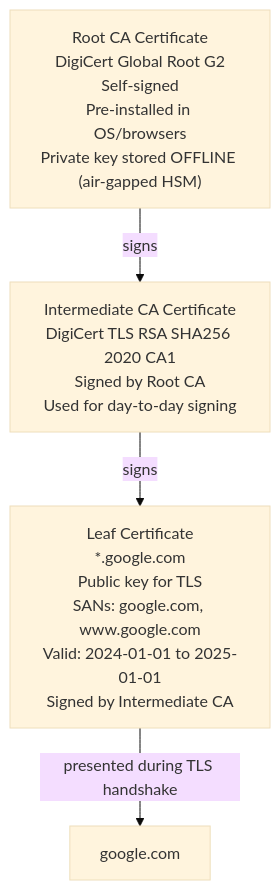
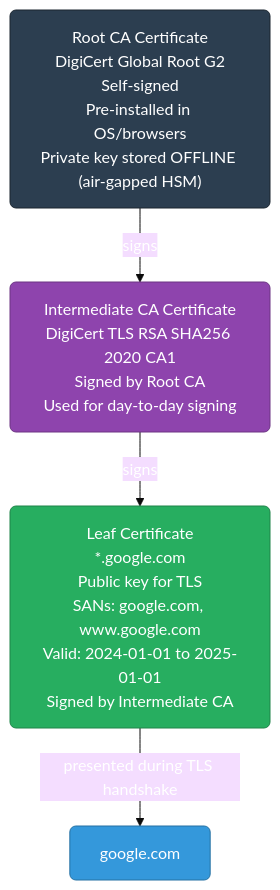
One commit to deepanshu-rawat6/DevOpsIndex changed the eighth of 13 diagrams in networking/tls-encryption.md. Above: the diagram before and after it, drawn with Mermaid (base theme). The commit also changed other lines of this file and 8 other files, not shown here.

````diff
--- a/networking/tls-encryption.md
+++ b/networking/tls-encryption.md
@@ -222,10 +403,15 @@
 ```mermaid
 graph TD
-    ROOT["Root CA Certificate<br>DigiCert Global Root G2<br>Self-signed<br>Pre-installed in OS/browsers<br>Private key stored OFFLINE (air-gapped HSM)"]
-    INTER["Intermediate CA Certificate<br>DigiCert TLS RSA SHA256 2020 CA1<br>Signed by Root CA<br>Used for day-to-day signing"]
-    LEAF["Leaf Certificate<br>*.google.com<br>Public key for TLS<br>SANs: google.com, www.google.com<br>Valid: 2024-01-01 to 2025-01-01<br>Signed by Intermediate CA"]
+    classDef root fill:#2c3e50,stroke:#1a252f,color:#fff,rx:6
+    classDef inter fill:#8e44ad,stroke:#6c3483,color:#fff,rx:6
+    classDef leaf fill:#27ae60,stroke:#1e8449,color:#fff,rx:6
+    classDef endpoint fill:#3498db,stroke:#2471a3,color:#fff,rx:6
+
+    ROOT["Root CA Certificate<br/>DigiCert Global Root G2<br/>Self-signed<br/>Pre-installed in OS/browsers<br/>Private key stored OFFLINE (air-gapped HSM)"]:::root
+    INTER["Intermediate CA Certificate<br/>DigiCert TLS RSA SHA256 2020 CA1<br/>Signed by Root CA<br/>Used for day-to-day signing"]:::inter
+    LEAF["Leaf Certificate<br/>*.google.com<br/>Public key for TLS<br/>SANs: google.com, www.google.com<br/>Valid: 2024-01-01 to 2025-01-01<br/>Signed by Intermediate CA"]:::leaf
 
     ROOT -->|"signs"| INTER
     INTER -->|"signs"| LEAF
-    LEAF -->|"presented during TLS handshake"| SERVER["google.com"]
+    LEAF -->|"presented during TLS handshake"| SERVER["google.com"]:::endpoint
 ```
````
